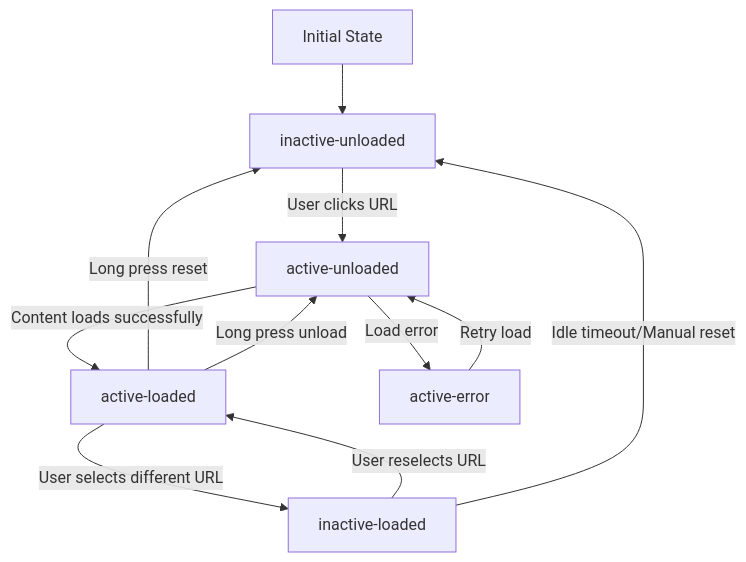
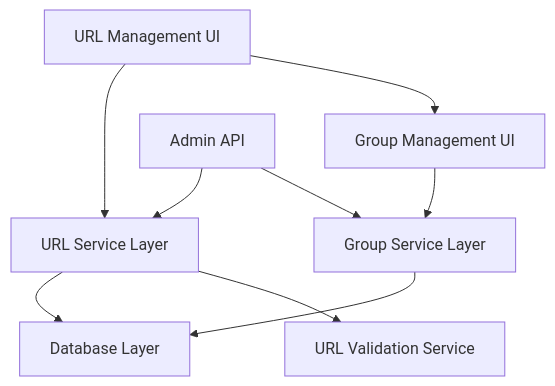
The first of 3 diagrams in docs/features/url-management/architecture.md (michaelbarone/cc3), drawn with Mermaid before and after one commit. The commit also changed other lines of this file and 74 other files, not shown here.

Commit message:
feat(urlgroups): url group refactor plus tests checkin

````diff
--- a/docs/features/url-management/architecture.md
+++ b/docs/features/url-management/architecture.md
@@ -89,13 +6,11 @@
 ```mermaid
-flowchart TD
-    A[Initial State] --> B[inactive-unloaded]
-    B -- "User clicks URL" --> C[active-unloaded]
-    C -- "Content loads successfully" --> D[active-loaded]
-    D -- "User selects different URL" --> E[inactive-loaded]
-    E -- "User reselects URL" --> D
-    E -- "Idle timeout/Manual reset" --> B
-    D -- "Long press reset" --> B
-    D -- "Long press unload" --> C
-    C -- "Load error" --> F[active-error]
-    F -- "Retry load" --> C
+graph TD
+    A[URL Management UI] --> B[URL Service Layer]
+    B --> C[Database Layer]
+    B --> D[URL Validation Service]
+    A --> E[Group Management UI]
+    E --> F[Group Service Layer]
+    F --> C
+    G[Admin API] --> B
+    G --> F
 ```
````
